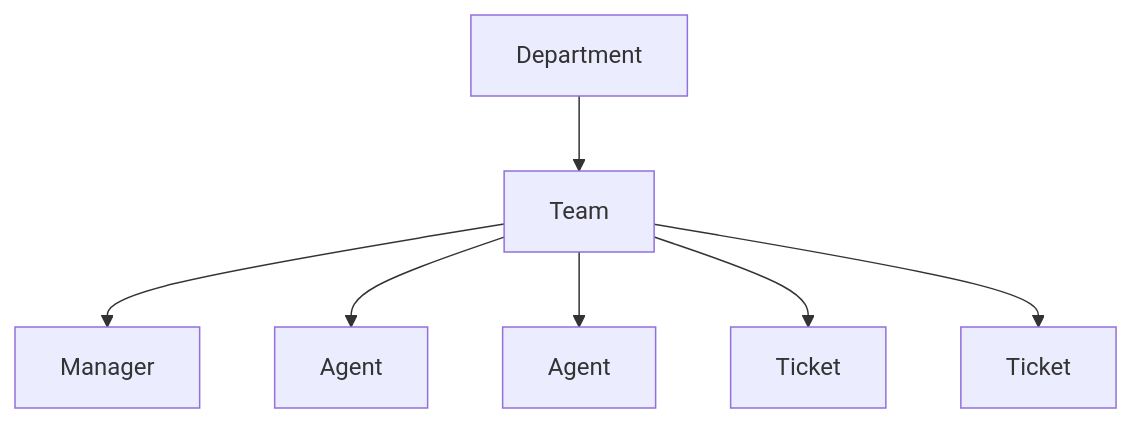
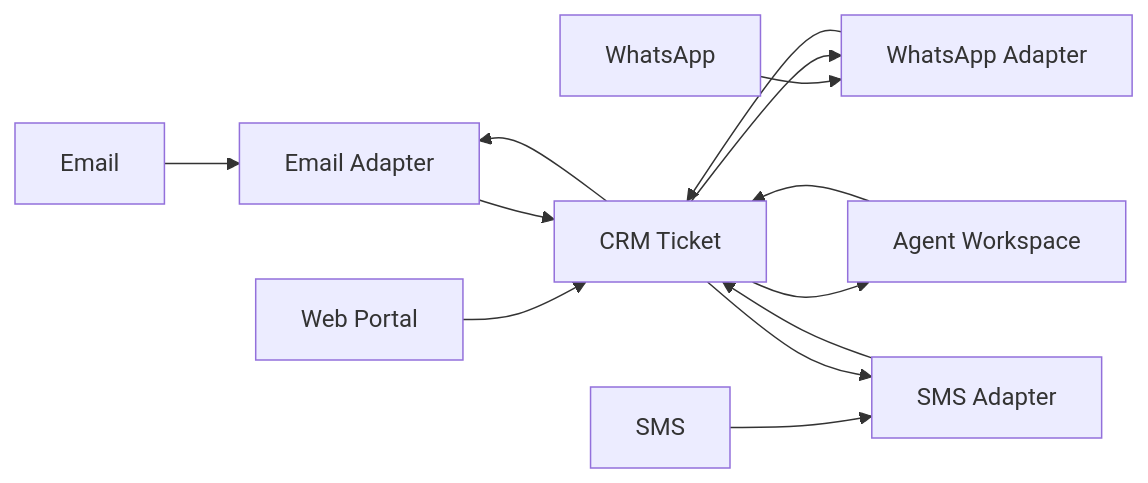
Before and after one commit to bahaayoussof/crm: diagram 11 of 12 in README.md, drawn with Mermaid. The commit also changed other lines of this file, not shown here.

````diff
--- a/README.md
+++ b/README.md
@@ -354,17 +492,25 @@
 ```mermaid
-flowchart TD
-    Department["Department"]
-    Team["Team"]
-    Manager["Manager"]
-    Agent1["Agent"]
-    Agent2["Agent"]
-    Ticket1["Ticket"]
-    Ticket2["Ticket"]
+flowchart LR
+    Email["Email"]
+    WhatsApp["WhatsApp"]
+    SMS["SMS"]
+    Web["Web Portal"]
+    EmailAdapter["Email Adapter"]
+    WAAdapter["WhatsApp Adapter"]
+    SMSAdapter["SMS Adapter"]
+    Ticket["CRM Ticket"]
+    Agent["Agent Workspace"]
 
-    Department --> Team
-    Team --> Manager
-    Team --> Agent1
-    Team --> Agent2
-    Team --> Ticket1
-    Team --> Ticket2
+    Email --> EmailAdapter
+    WhatsApp --> WAAdapter
+    SMS --> SMSAdapter
+    Web --> Ticket
+    EmailAdapter --> Ticket
+    WAAdapter --> Ticket
+    SMSAdapter --> Ticket
+    Ticket --> Agent
+    Agent --> Ticket
+    Ticket --> EmailAdapter
+    Ticket --> WAAdapter
+    Ticket --> SMSAdapter
 ```
````
